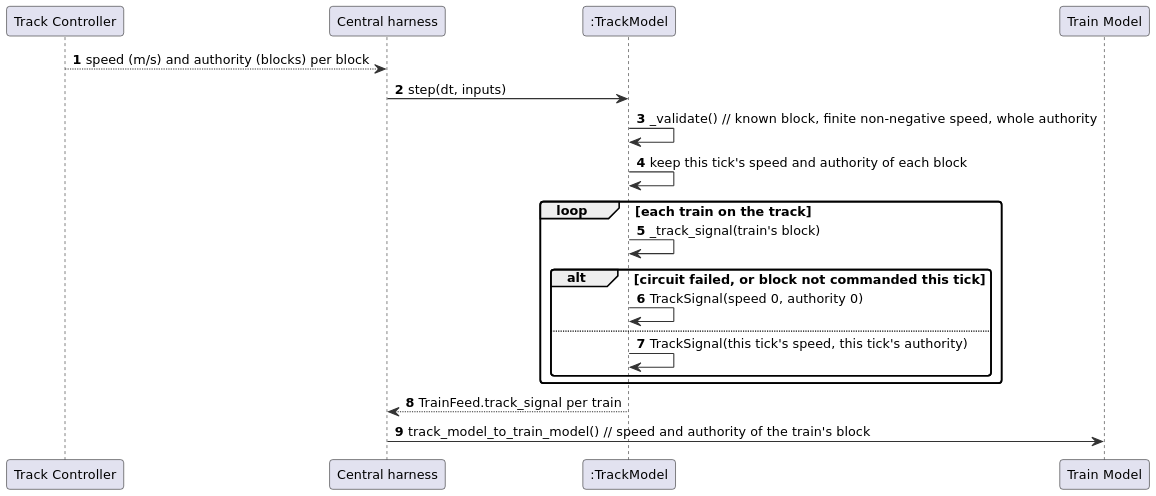
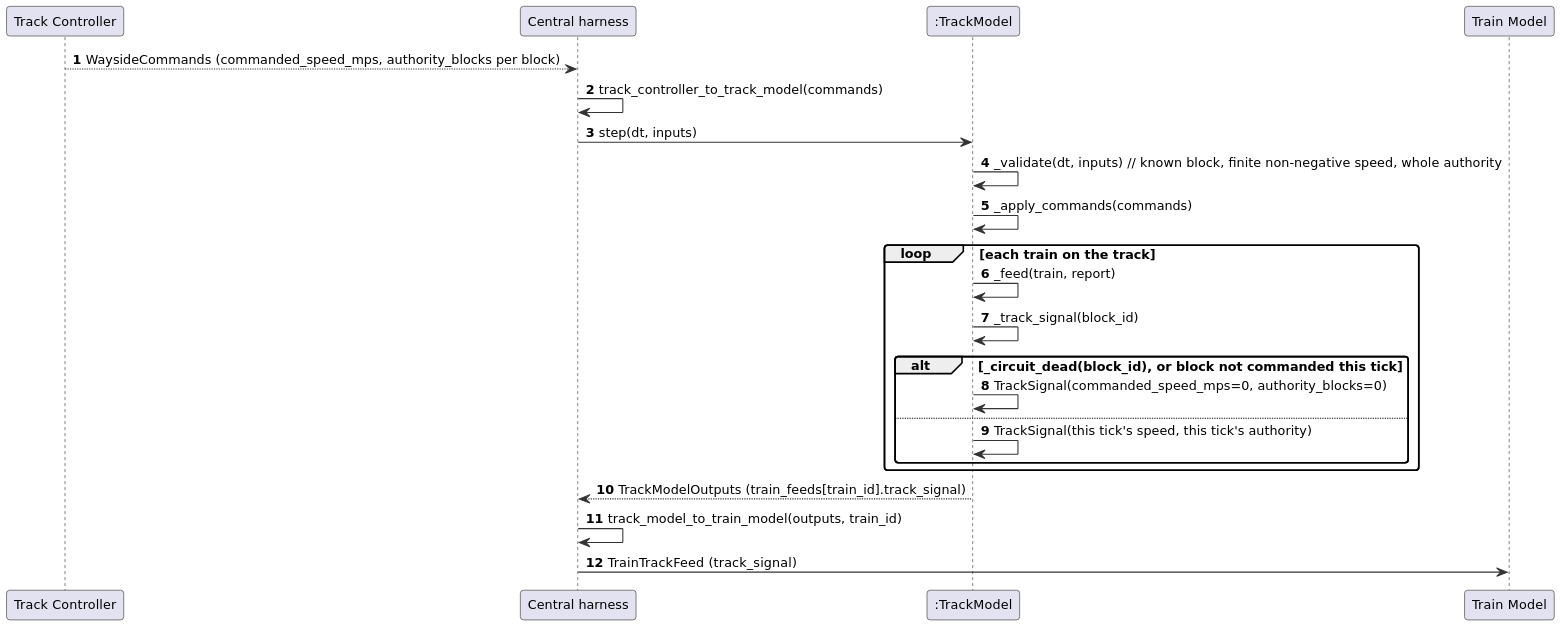
One commit to Landiss04/Track-Overflow changed the diagram in documents/uml/track_model/sd07_circuit.puml. Above: the diagram before and after it, drawn with PlantUML. The commit also changed 39 other files, not shown here.

First line of the commit message:
Track Model diagrams: sequence messages show the real method calls; use case actors joined by plain lines

```diff
--- a/documents/uml/track_model/sd07_circuit.puml
+++ b/documents/uml/track_model/sd07_circuit.puml
@@ -1,30 +1,33 @@
 @startuml
 skinparam shadowing false
 skinparam dpi 170
 skinparam defaultFontName DejaVu Sans
 skinparam defaultFontSize 12
 skinparam roundCorner 6
 skinparam ArrowColor #333333
 skinparam BackgroundColor white
 skinparam sequenceMessageAlign left
 skinparam ParticipantPadding 20
 autonumber
 participant "Track Controller" as TC
 participant "Central harness" as H
 participant ":TrackModel" as TM
 participant "Train Model" as TRM
-TC --> H : speed (m/s) and authority (blocks) per block
+TC --> H : WaysideCommands (commanded_speed_mps, authority_blocks per block)
+H -> H : track_controller_to_track_model(commands)
 H -> TM : step(dt, inputs)
-TM -> TM : _validate()  // known block, finite non-negative speed, whole authority
-TM -> TM : keep this tick's speed and authority of each block
+TM -> TM : _validate(dt, inputs)  // known block, finite non-negative speed, whole authority
+TM -> TM : _apply_commands(commands)
 loop each train on the track
-  TM -> TM : _track_signal(train's block)
-  alt circuit failed, or block not commanded this tick
-    TM -> TM : TrackSignal(speed 0, authority 0)
+  TM -> TM : _feed(train, report)
+  TM -> TM : _track_signal(block_id)
+  alt _circuit_dead(block_id), or block not commanded this tick
+    TM -> TM : TrackSignal(commanded_speed_mps=0, authority_blocks=0)
   else
     TM -> TM : TrackSignal(this tick's speed, this tick's authority)
   end
 end
-TM --> H : TrainFeed.track_signal per train
-H -> TRM : track_model_to_train_model()  // speed and authority of the train's block
+TM --> H : TrackModelOutputs (train_feeds[train_id].track_signal)
+H -> H : track_model_to_train_model(outputs, train_id)
+H -> TRM : TrainTrackFeed (track_signal)
 @enduml
```
